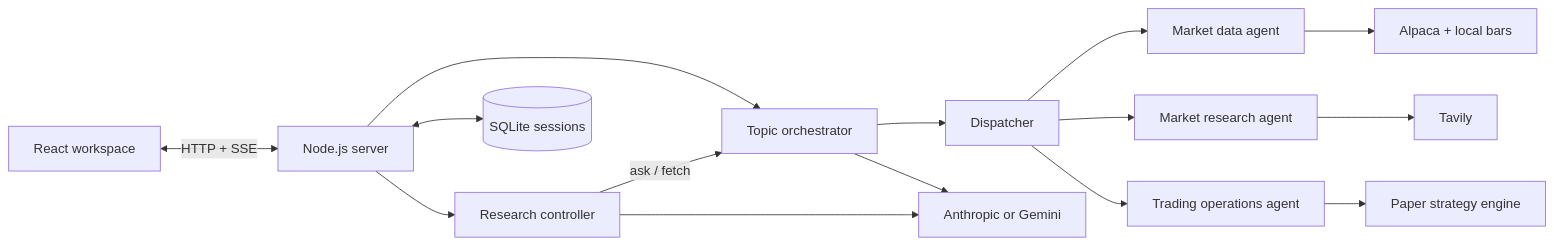
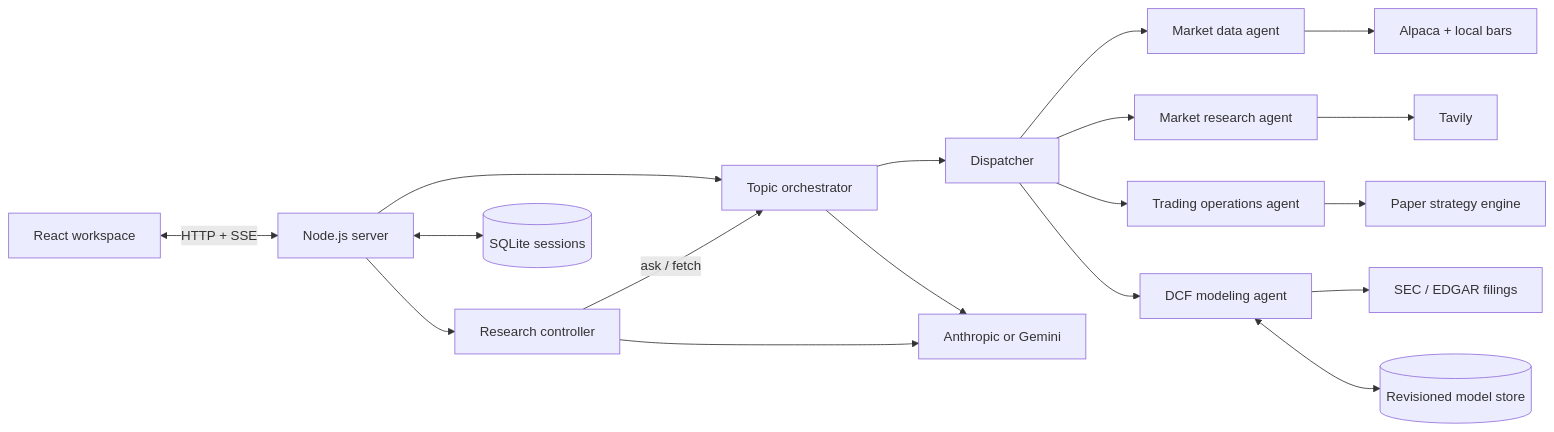
One commit to Ocisly14/financial_agent changed the first of 2 diagrams in README.md. Above: the diagram before and after it, drawn with Mermaid. The commit also changed other lines of this file and 34 other files, not shown here.

````diff
--- a/README.md
+++ b/README.md
@@ -41,17 +49,20 @@
 ```mermaid
 flowchart LR
     UI[React workspace] <-->|HTTP + SSE| API[Node.js server]
     API --> R[Research controller]
     API --> O[Topic orchestrator]
     R -->|ask / fetch| O
     O --> D[Dispatcher]
     D --> MD[Market data agent]
     D --> MR[Market research agent]
     D --> TO[Trading operations agent]
+    D --> FM[DCF modeling agent]
     MD --> A[Alpaca + local bars]
     MR --> T[Tavily]
     TO --> P[Paper strategy engine]
+    FM --> SEC[SEC / EDGAR filings]
+    FM <--> FDB[(Revisioned model store)]
     API <--> DB[(SQLite sessions)]
     O --> LLM[Anthropic or Gemini]
     R --> LLM
 ```
````
